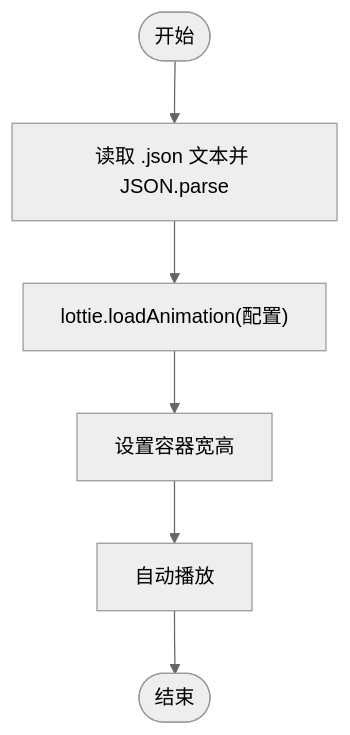
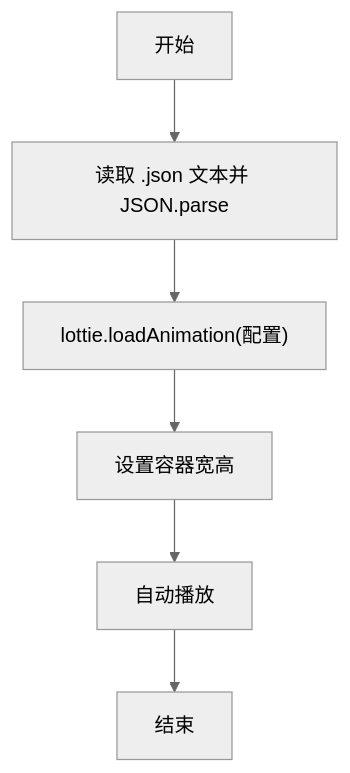
Before and after one commit to vincentline/svga.preview: the fifth of 8 diagrams in .qoder/repowiki/zh/content/核心功能/SVGA动画预览.md, drawn with Mermaid (neutral theme). The commit also changed other lines of this file and 11 other files, not shown here.

````diff
--- a/.qoder/repowiki/zh/content/核心功能/SVGA动画预览.md
+++ b/.qoder/repowiki/zh/content/核心功能/SVGA动画预览.md
@@ -299,8 +295,8 @@
 ```mermaid
 flowchart TD
-Start(["开始"]) --> Read["读取 .json 文本并 JSON.parse"]
+Start["开始"] --> Read["读取 .json 文本并 JSON.parse"]
 Read --> Create["lottie.loadAnimation(配置)"]
 Create --> Resize["设置容器宽高"]
 Resize --> Play["自动播放"]
-Play --> End(["结束"])
+Play --> End["结束"]
 ```
````
